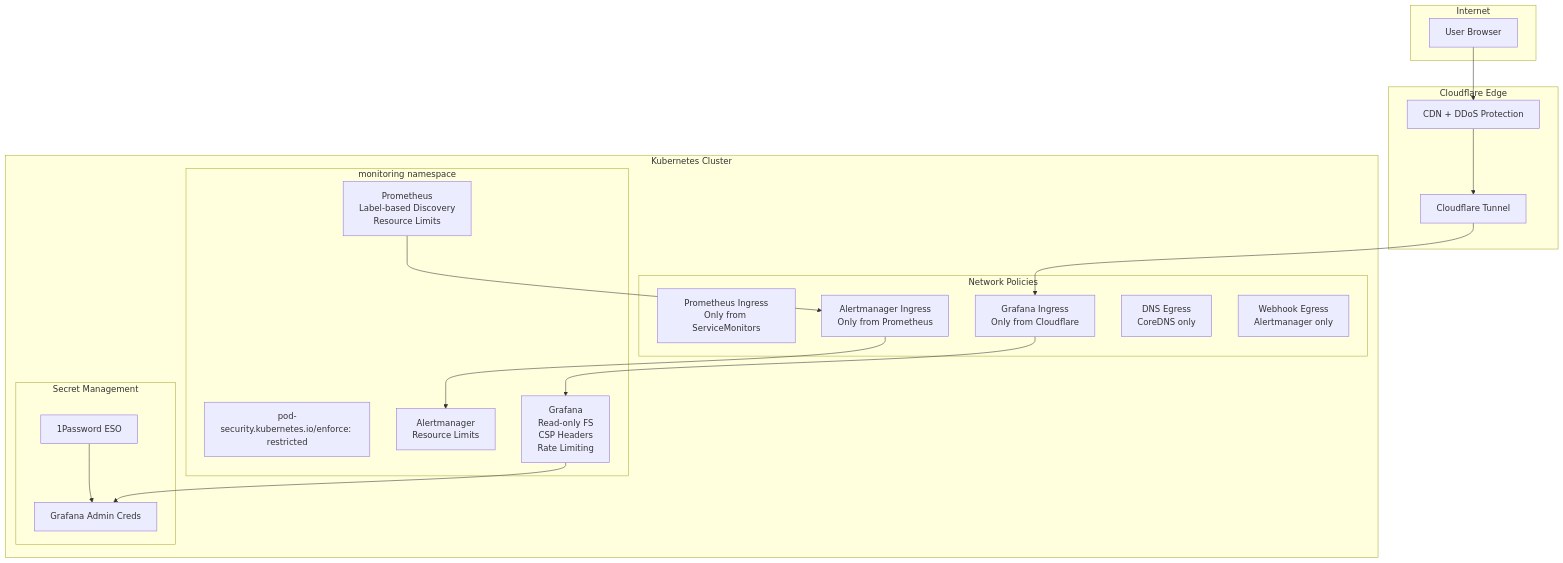
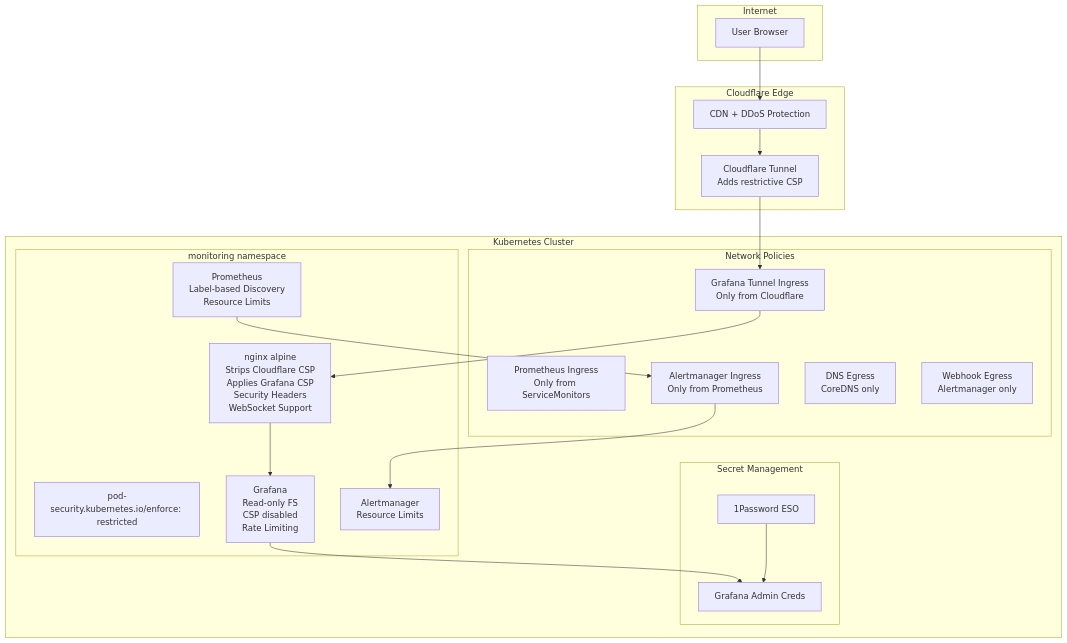
Before and after one commit to josimar-silva/homelab: the third of 3 diagrams in docs/adrs/2025-11-26-prometheus-stack-deployment.md, drawn with Mermaid. The commit also changed other lines of this file, not shown here.

Commit message:
docs(ADR): update Prometheus ADR with Grafana changes

````diff
--- a/docs/adrs/2025-11-26-prometheus-stack-deployment.md
+++ b/docs/adrs/2025-11-26-prometheus-stack-deployment.md
@@ -124,44 +131,46 @@
 ```mermaid
 flowchart TB
     subgraph Internet["Internet"]
         User[User Browser]
     end
 
     subgraph Cloudflare["Cloudflare Edge"]
         CDN[CDN + DDoS Protection]
-        Tunnel[Cloudflare Tunnel]
+        Tunnel[Cloudflare Tunnel<br/>Adds restrictive CSP]
     end
 
     subgraph K8s["Kubernetes Cluster"]
         subgraph NSPolicy["Network Policies"]
             NP1[Prometheus Ingress<br/>Only from ServiceMonitors]
-            NP2[Grafana Ingress<br/>Only from Cloudflare]
+            NP2[Grafana Tunnel Ingress<br/>Only from Cloudflare]
             NP3[Alertmanager Ingress<br/>Only from Prometheus]
             NP4[DNS Egress<br/>CoreDNS only]
             NP5[Webhook Egress<br/>Alertmanager only]
         end
 
         subgraph Monitoring["monitoring namespace"]
             PSS_Label[pod-security.kubernetes.io/enforce: restricted]
 
-            Grafana[Grafana<br/>Read-only FS<br/>CSP Headers<br/>Rate Limiting]
+            NGINX[nginx alpine<br/>Strips Cloudflare CSP<br/>Applies Grafana CSP<br/>Security Headers<br/>WebSocket Support]
+            Grafana[Grafana<br/>Read-only FS<br/>CSP disabled<br/>Rate Limiting]
             Prometheus[Prometheus<br/>Label-based Discovery<br/>Resource Limits]
             Alert[Alertmanager<br/>Resource Limits]
         end
 
         subgraph Secrets["Secret Management"]
             OP[1Password ESO]
             Secret[Grafana Admin Creds]
         end
     end
 
     User --> CDN
     CDN --> Tunnel
     Tunnel --> NP2
-    NP2 --> Grafana
+    NP2 --> NGINX
+    NGINX --> Grafana
     Grafana --> Secret
     OP --> Secret
 
     Prometheus --> NP3
     NP3 --> Alert
 ```
````
